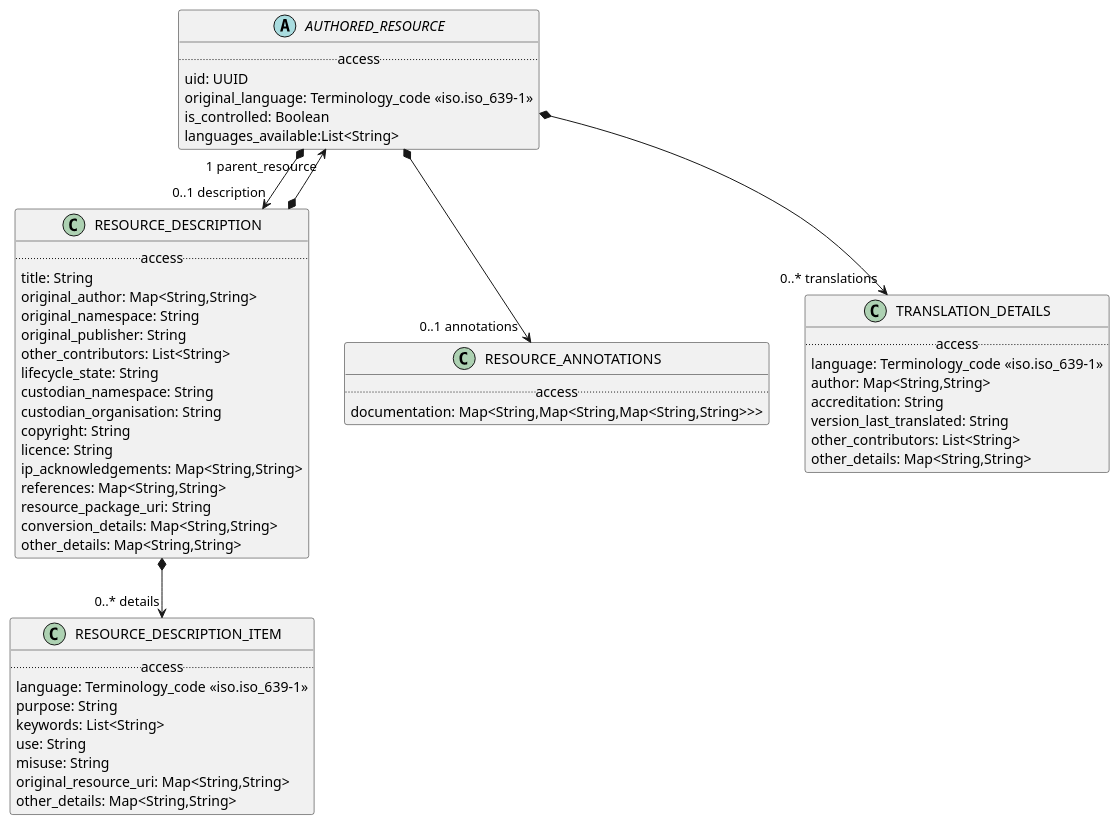
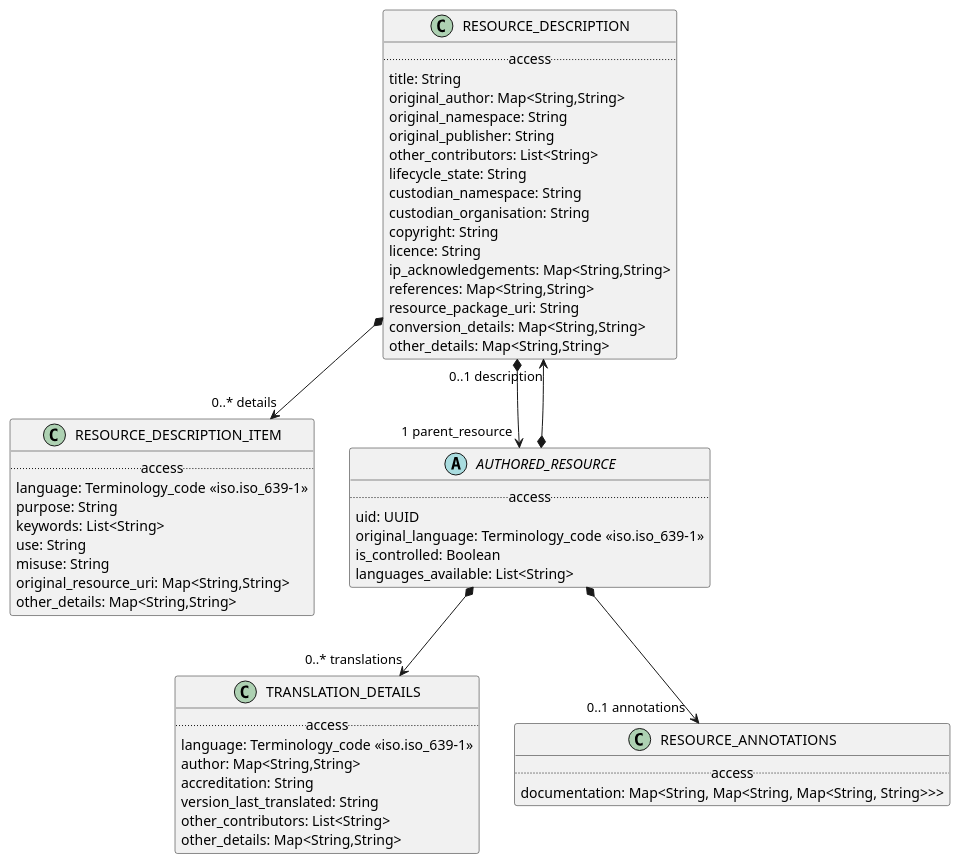
Before and after one commit to wolandscat/openehr-doc: the diagram in modules/ROOT/examples/bmm/infostructure/resource/resource-package-uml.adoc, drawn with PlantUML. The commit also changed 293 other files, not shown here.

Commit message:
Regen with tweaks to UML output and correct metatypes for nested generics.

```diff
--- a/modules/ROOT/examples/bmm/infostructure/resource/resource-package-uml.adoc
+++ b/modules/ROOT/examples/bmm/infostructure/resource/resource-package-uml.adoc
@@ -3,75 +3,75 @@
 [plantuml,opts=interactive,link=self]
 ....
 skinparam groupInheritance 2
 skinparam citedClassColor #FDFDFD
 
 
-abstract class AUTHORED_RESOURCE [[/openehr-doc/latest/infostructure/resource-gen.html#_class_authored_resource]] {
+class RESOURCE_DESCRIPTION_ITEM [[/openehr-doc/latest/infostructure/resource-gen.html#_class_resource_description_item]] {
         .. access ..
-        uid: UUID
-        original_language: Terminology_code «iso.iso_639-1»
-        is_controlled: Boolean
-        languages_available:List<String>
+        language: Terminology_code «iso.iso_639-1»
+        purpose: String
+        keywords: List<String>
+        use: String
+        misuse: String
+        original_resource_uri: Map<String,String>
+        other_details: Map<String,String>
 }
 
-
-AUTHORED_RESOURCE *--> "0..1 description" RESOURCE_DESCRIPTION
-
-AUTHORED_RESOURCE *--> "0..1 annotations" RESOURCE_ANNOTATIONS
-
-AUTHORED_RESOURCE *--> "0..* translations" TRANSLATION_DETAILS
 
 class TRANSLATION_DETAILS [[/openehr-doc/latest/infostructure/resource-gen.html#_class_translation_details]] {
         .. access ..
         language: Terminology_code «iso.iso_639-1»
         author: Map<String,String>
         accreditation: String
         version_last_translated: String
         other_contributors: List<String>
         other_details: Map<String,String>
+}
+
+
+class RESOURCE_ANNOTATIONS [[/openehr-doc/latest/infostructure/resource-gen.html#_class_resource_annotations]] {
+        .. access ..
+        documentation: Map<String, Map<String, Map<String, String>>>
 }
 
 
 class RESOURCE_DESCRIPTION [[/openehr-doc/latest/infostructure/resource-gen.html#_class_resource_description]] {
         .. access ..
         title: String
         original_author: Map<String,String>
         original_namespace: String
         original_publisher: String
         other_contributors: List<String>
         lifecycle_state: String
         custodian_namespace: String
         custodian_organisation: String
         copyright: String
         licence: String
         ip_acknowledgements: Map<String,String>
         references: Map<String,String>
         resource_package_uri: String
         conversion_details: Map<String,String>
         other_details: Map<String,String>
 }
 
 
 RESOURCE_DESCRIPTION *--> "1 parent_resource" AUTHORED_RESOURCE
 
 RESOURCE_DESCRIPTION *--> "0..* details" RESOURCE_DESCRIPTION_ITEM
 
-class RESOURCE_ANNOTATIONS [[/openehr-doc/latest/infostructure/resource-gen.html#_class_resource_annotations]] {
+abstract class AUTHORED_RESOURCE [[/openehr-doc/latest/infostructure/resource-gen.html#_class_authored_resource]] {
         .. access ..
-        documentation: Map<String,Map<String,Map<String,String>>>
+        uid: UUID
+        original_language: Terminology_code «iso.iso_639-1»
+        is_controlled: Boolean
+        languages_available: List<String>
 }
 
 
-class RESOURCE_DESCRIPTION_ITEM [[/openehr-doc/latest/infostructure/resource-gen.html#_class_resource_description_item]] {
-        .. access ..
-        language: Terminology_code «iso.iso_639-1»
-        purpose: String
-        keywords: List<String>
-        use: String
-        misuse: String
-        original_resource_uri: Map<String,String>
-        other_details: Map<String,String>
-}
+AUTHORED_RESOURCE *--> "0..1 description" RESOURCE_DESCRIPTION
 
+AUTHORED_RESOURCE *--> "0..1 annotations" RESOURCE_ANNOTATIONS
+
+AUTHORED_RESOURCE *--> "0..* translations" TRANSLATION_DETAILS
 
 ....
```
